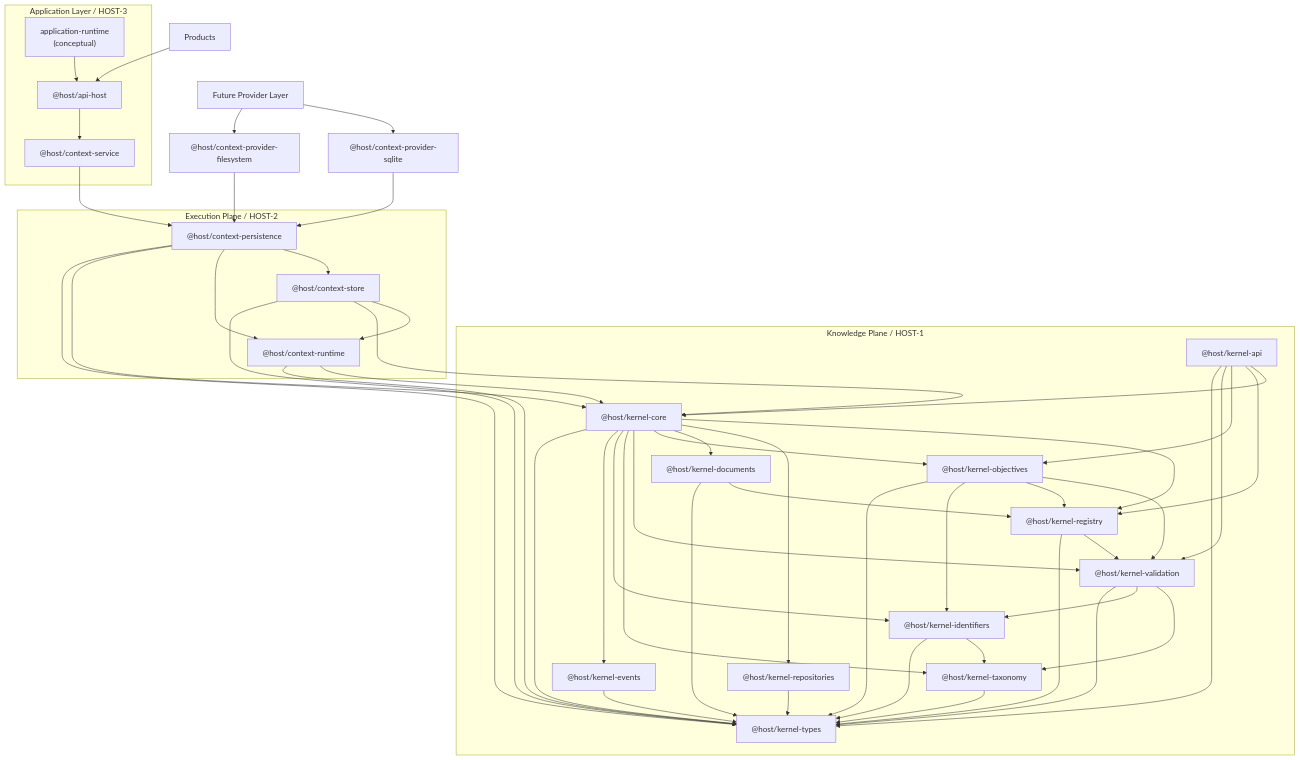
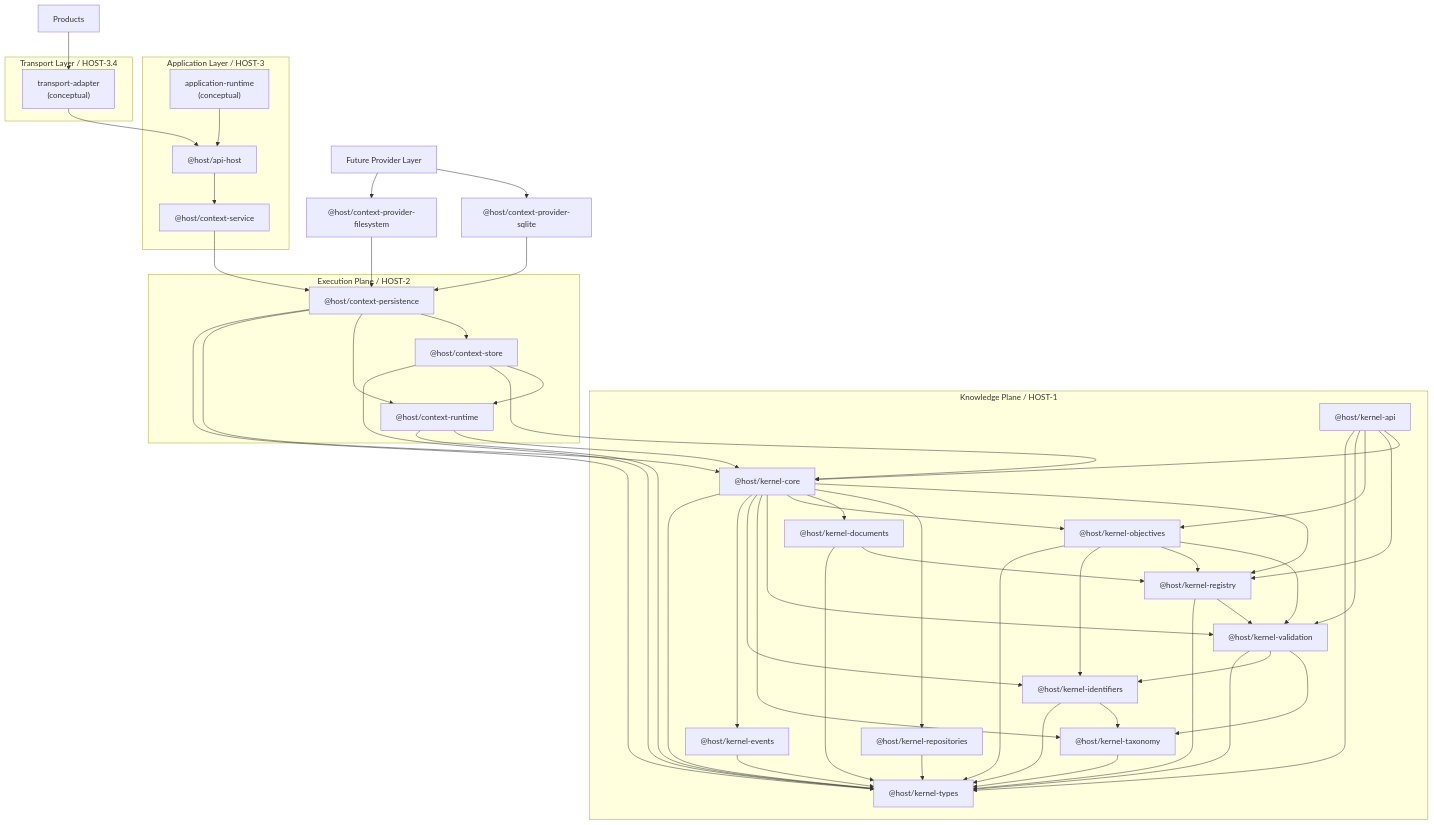
One commit to captjreacher/HOST-kernel changed the diagram in docs/architecture/package-dependency-graph.md. Above: the diagram before and after it, drawn with Mermaid. The commit also changed other lines of this file and 11 other files, not shown here.

Commit message:
HOST-3.4 define transport adapter architecture baseline and ADR-007

````diff
--- a/docs/architecture/package-dependency-graph.md
+++ b/docs/architecture/package-dependency-graph.md
@@ -25,11 +25,17 @@
   ProviderLayer["Future Provider Layer"]
   CtxFsProvider["@host/context-provider-filesystem"]
   CtxSqliteProvider["@host/context-provider-sqlite"]
+
   subgraph Application["Application Layer / HOST-3"]
   ContextService["@host/context-service"]
   ApiHost["@host/api-host"]
   AppRuntime["application-runtime\n(conceptual)"]
   end
+
+  subgraph Transport["Transport Layer / HOST-3.4"]
+  Adapter["transport-adapter\n(conceptual)"]
+  end
+
   Products["Products"]
 
   KEvents --> KTypes
@@ -78,5 +84,6 @@
   ContextService --> CtxPersistence
   ApiHost --> ContextService
   AppRuntime --> ApiHost
-  Products --> ApiHost
+  Adapter --> ApiHost
+  Products --> Adapter
 ```
````
